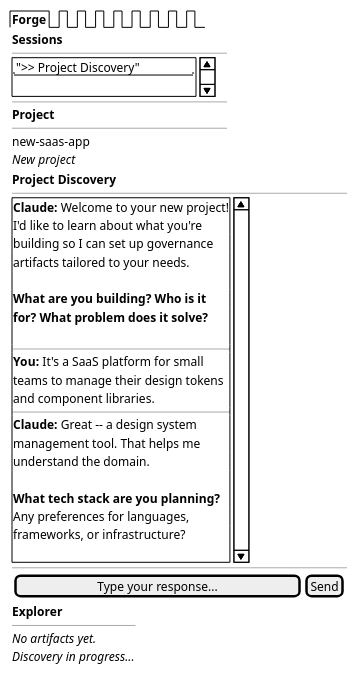
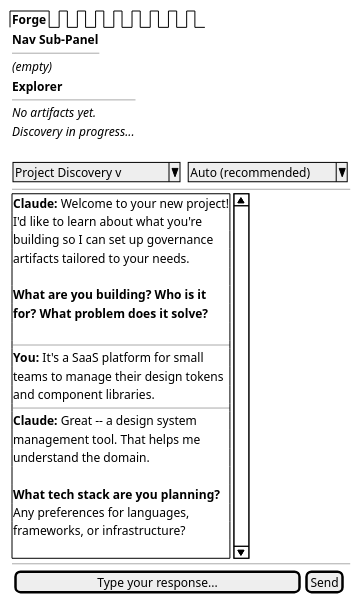
One commit to orqastudio/app changed the tenth of 14 diagrams in docs/ui/wireframes/settings-onboarding.md. Above: the diagram before and after it, drawn with PlantUML. The commit also changed other lines of this file and 18 other files, not shown here.

First line of the commit message:
Restructure docs from four-zone to three-zone + nav sub-panel layout (AD-019)

````diff
--- a/docs/ui/wireframes/settings-onboarding.md
+++ b/docs/ui/wireframes/settings-onboarding.md
@@ -456,60 +456,52 @@
 ```plantuml
 @startsalt
 {
   {/ <b>Forge</b> | . | . | . | . | . | . | . | . }
   {
     {
-      <b>Sessions</b>
+      <b>Nav Sub-Panel</b>
       ---
-      {SI
-        "">> Project Discovery""
-        .
-      }
-      ---
-      <b>Project</b>
-      ---
-      new-saas-app
-      <i>New project</i>
+      <i>(empty)</i>
     }
     |
     {
-      <b>Project Discovery</b>
+      <b>Explorer</b>
+      ---
+      <i>No artifacts yet.</i>
+      <i>Discovery in progress...</i>
+      .
+    }
+    |
+    {
+      { ^Project Discovery v^ | . | ^Auto (recommended)^ }
       ---
       {SI
         <b>Claude:</b> Welcome to your new project!
         I'd like to learn about what you're
         building so I can set up governance
         artifacts tailored to your needs.
         .
         <b>What are you building? Who is it</b>
         <b>for? What problem does it solve?</b>
         .
         ---
         <b>You:</b> It's a SaaS platform for small
         teams to manage their design tokens
         and component libraries.
         ---
         <b>Claude:</b> Great -- a design system
         management tool. That helps me
         understand the domain.
         .
         <b>What tech stack are you planning?</b>
         Any preferences for languages,
         frameworks, or infrastructure?
         .
       }
       ---
       { [Type your response...              ] | [Send] }
     }
-    |
-    {
-      <b>Explorer</b>
-      ---
-      <i>No artifacts yet.</i>
-      <i>Discovery in progress...</i>
-      .
-    }
   }
 }
 @endsalt
 ```
````
